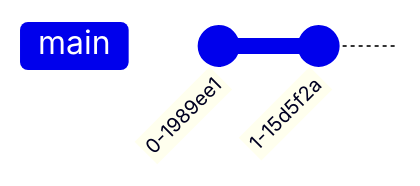
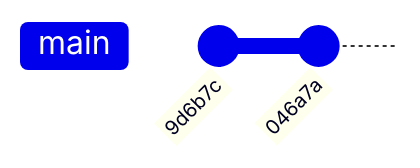
The fourth of 11 diagrams in modules/git/slides.qmd (opensourcecourse/opencourse), drawn with Mermaid before and after one commit. The commit also changed other lines of this file, not shown here.

````diff
--- a/modules/git/slides.qmd
+++ b/modules/git/slides.qmd
@@ -332,6 +333,6 @@
 ```{mermaid}
 %%| fig-width: 5
 gitGraph
-   commit id: "0-1989ee1"
-   commit id: "1-15d5f2a"
+   commit id: "9d6b7c"
+   commit id: "046a7a"
 ```
````
